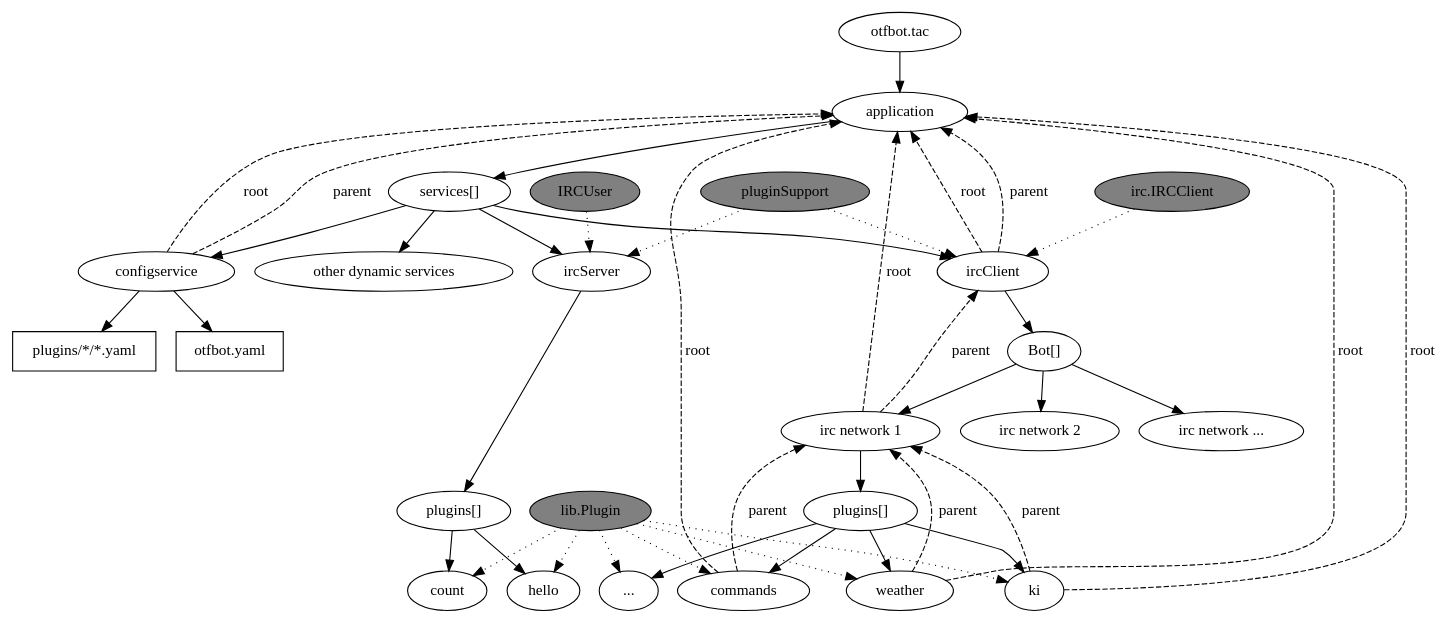
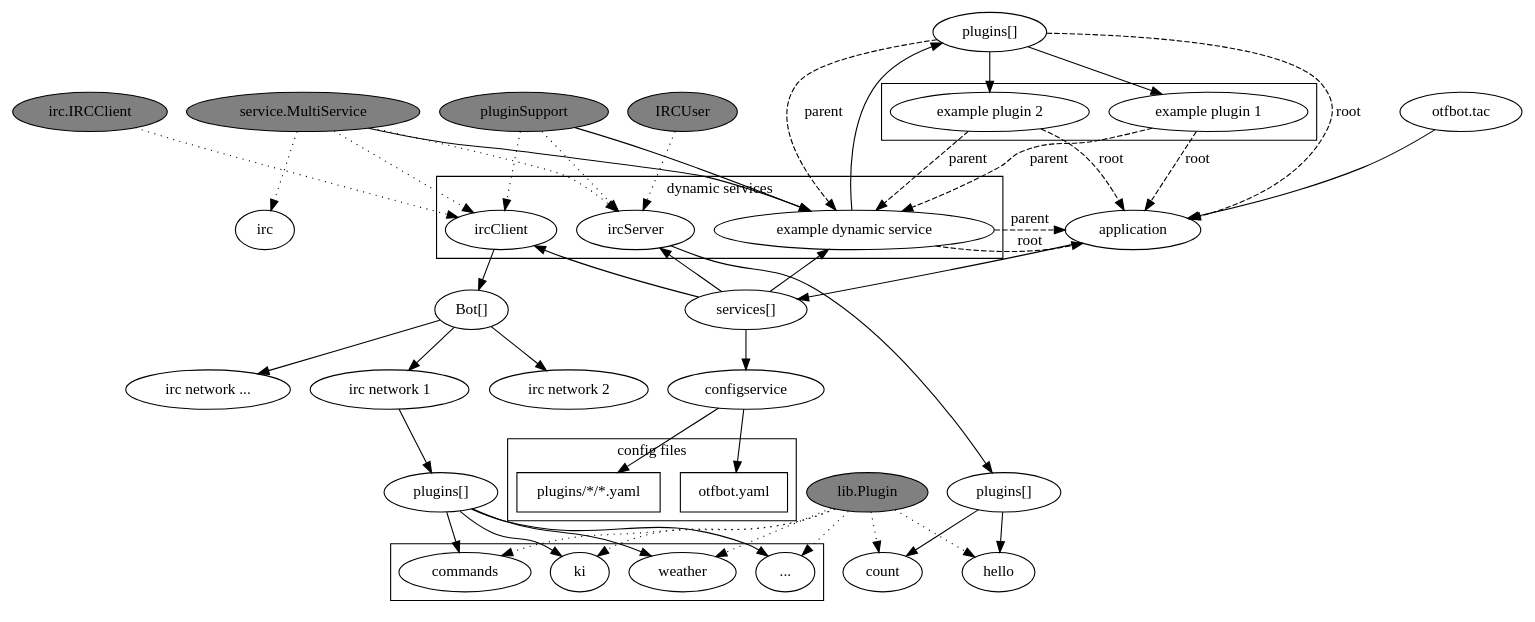
Before and after one commit to otfbot/otfbot: the diagram in doc/structure.dot, drawn with Graphviz.

Commit message:
extended graph

```diff
--- a/doc/structure.dot
+++ b/doc/structure.dot
@@ -1,74 +1,91 @@
 digraph otfbot {
     "otfbot.tac" -> application;
+    services[label="services[]"]
+    application[root=true]
     application -> services;
     services -> configservice;
-    subgraph classes {
+    //subgraph cluster_classes {
         pluginSupport[style=filled,fillcolor=grey];
-        pluginSupport -> ircClient [style=dotted]
-        pluginSupport -> ircServer [style=dotted]
         ircClientClass[label="irc.IRCClient",style=filled,fillcolor=grey]
-        ircClientClass -> ircClient [style=dotted]
         ircServerClass[label="IRCUser",style=filled,fillcolor=grey]
-        ircServerClass -> ircServer [style=dotted]
         libPlugin[label="lib.Plugin",style=filled,fillcolor=grey]
-        libPlugin -> commands [style=dotted];
-        libPlugin -> ki [style=dotted];
-        libPlugin -> weather [style=dotted];
-        libPlugin -> otherplugins [style=dotted];
-        libPlugin -> count[style=dotted];
-        libPlugin -> hello[style=dotted];
-    }
-    subgraph configfiles {
+        multiservice[label="service.MultiService",style=filled,fillcolor=grey]
+    //}
+    multiservice -> ircClient [style=dotted]
+    multiservice -> ircServer [style=dotted]
+    multiservice -> irc[style=dotted]
+    pluginSupport -> ircClient [style=dotted]
+    pluginSupport -> ircServer [style=dotted]
+    ircClientClass -> ircClient [style=dotted]
+    ircServerClass -> ircServer [style=dotted]
+    libPlugin -> commands [style=dotted];
+    libPlugin -> ki [style=dotted];
+    libPlugin -> weather [style=dotted];
+    libPlugin -> otherplugins [style=dotted];
+    libPlugin -> count[style=dotted];
+    libPlugin -> hello[style=dotted];
+    subgraph cluster_configfiles {
     label="config files"
         "otfbot.yaml"[shape=box];
         allconfigs[label="plugins/*/*.yaml",shape=box];
     }
     configservice -> "otfbot.yaml";
     configservice -> allconfigs;
-    configservice -> application [label="root",style="dashed"];
-    configservice -> application [label="parent",style="dashed"];
-    subgraph dynamicServices {
-        color=blue
+    //configservice -> application [label="root",style="dashed"];
+    //configservice -> application [label="parent",style="dashed"];
+    subgraph cluster_dynamicServices {
+        label="dynamic services"
         ircClient
         ircServer
-        other[label="other dynamic services"]
-        services[label="services[]"]
-        services -> ircClient
-        services -> ircServer
-        services -> other
+        exampleService[label="example dynamic service"]
     }
+    services -> ircClient
+    services -> ircServer
+    services -> exampleService
+    exampleService -> application[label="root", style="dashed"]
+    exampleService -> application[label="parent", style="dashed"]
+    pluginSupport -> exampleService
+    multiservice -> exampleService
     network1[label="irc network 1"];
     network2[label="irc network 2"];
     network3[label="irc network ..."];
     networks[label="Bot[]"]
-    ircClient -> application [label="root",style="dashed"];
-    ircClient -> application [label="parent",style="dashed"];
+    //ircClient -> application [label="root",style="dashed"];
+    //ircClient -> application [label="parent",style="dashed"];
     ircClient -> networks
     networks -> network1
-    network1 -> application [label="root",style="dashed"];
-    network1 -> ircClient [label="parent",style="dashed"];
+    //network1 -> application [label="root",style="dashed"];
+    //network1 -> ircClient [label="parent",style="dashed"];
     networks -> network2
     networks -> network3
     plugins[label="plugins[]"]
     network1 -> plugins;
     plugins -> ki
-    ki -> application [label="root",style="dashed"];
-    ki -> network1 [label="parent",style="dashed"];
+    examplePlugins[label="plugins[]"]
+    exampleService -> examplePlugins
+    examplePlugins -> application[label="root",style="dashed"]
+    examplePlugins -> exampleService[label="parent",style="dashed"]
+    subgraph cluster_examplePlugins {
+        examplePlugin1[label="example plugin 1"]
+        examplePlugin2[label="example plugin 2"]
+    }
+    examplePlugins -> examplePlugin1
+    examplePlugins -> examplePlugin2
+    examplePlugin1 -> application[label="root",style="dashed"]
+    examplePlugin2 -> application[label="root",style="dashed"]
+    examplePlugin1 -> exampleService[label="parent",style="dashed"]
+    examplePlugin2 -> exampleService[label="parent",style="dashed"]
     plugins -> weather
-    weather -> application [label="root",style="dashed"];
-    weather -> network1 [label="parent",style="dashed"];
     plugins -> commands
-    commands -> application [label="root",style="dashed"];
-    commands -> network1 [label="parent",style="dashed"];
     plugins -> otherplugins
     serverPlugins[label="plugins[]"]
     serverPlugins -> hello
     serverPlugins -> count
     ircServer -> serverPlugins;
-    subgraph plugins {
+    subgraph cluster_plugins {
         commands;
         ki;
         weather;
         otherplugins[label="..."]
     }
 }
```
